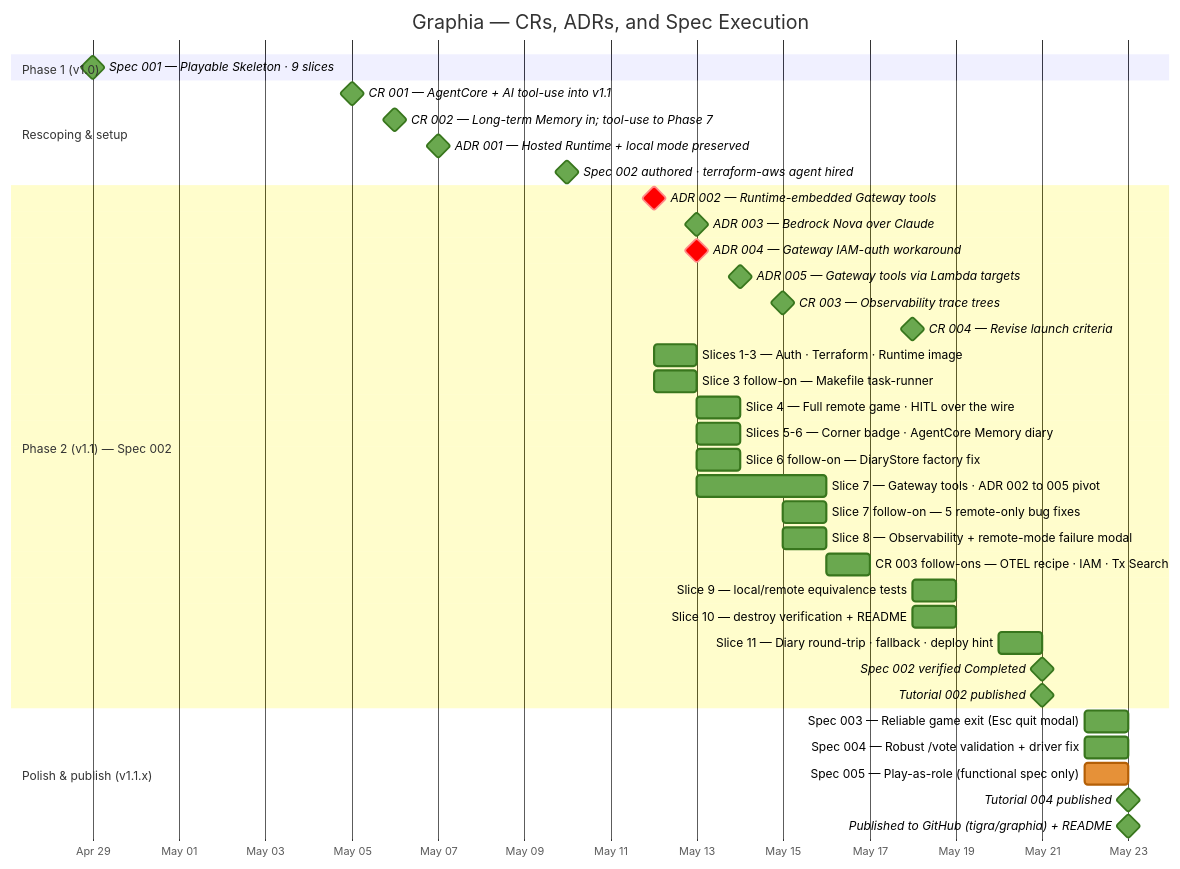
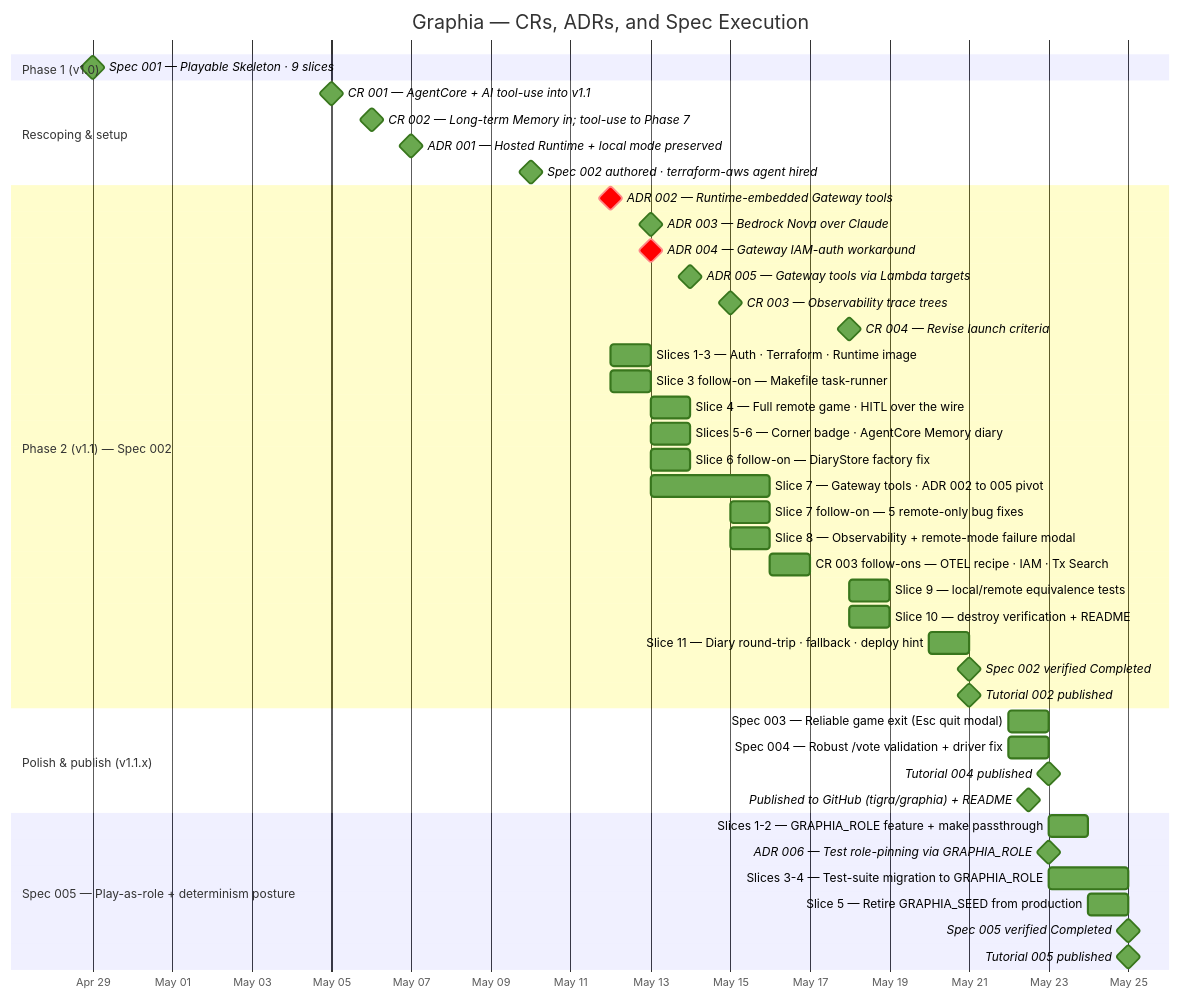
The diagram in context/project-timeline.md (tigra/graphia), drawn with Mermaid before and after one commit. The commit also changed other lines of this file, not shown here.

First line of the commit message:
Project timeline: fold in Act 5 — spec 005 + determinism posture

````diff
--- a/context/project-timeline.md
+++ b/context/project-timeline.md
@@ -16,45 +16,52 @@
 ```mermaid
 %%{init: {'themeVariables': {'doneTaskBkgColor': '#6aa84f', 'doneTaskBorderColor': '#38761d', 'activeTaskBkgColor': '#e69138', 'activeTaskBorderColor': '#b45f06'}}}%%
 gantt
     title Graphia — CRs, ADRs, and Spec Execution
     dateFormat YYYY-MM-DD
     axisFormat %b %d
 
     section Phase 1 (v1.0)
     Spec 001 — Playable Skeleton · 9 slices             :milestone, done, sp1, 2026-04-29, 0d
 
     section Rescoping & setup
     CR 001 — AgentCore + AI tool-use into v1.1           :milestone, done, m1, 2026-05-05, 0d
     CR 002 — Long-term Memory in; tool-use to Phase 7    :milestone, done, m2, 2026-05-06, 0d
     ADR 001 — Hosted Runtime + local mode preserved      :milestone, done, a1, 2026-05-07, 0d
     Spec 002 authored · terraform-aws agent hired        :milestone, done, sp2, 2026-05-10, 0d
 
     section Phase 2 (v1.1) — Spec 002
     ADR 002 — Runtime-embedded Gateway tools             :milestone, crit, a2, 2026-05-12, 0d
     ADR 003 — Bedrock Nova over Claude                   :milestone, done, a3, 2026-05-13, 0d
     ADR 004 — Gateway IAM-auth workaround                :milestone, crit, a4, 2026-05-13, 0d
     ADR 005 — Gateway tools via Lambda targets           :milestone, done, a5, 2026-05-14, 0d
     CR 003 — Observability trace trees                   :milestone, done, c3, 2026-05-15, 0d
     CR 004 — Revise launch criteria                      :milestone, done, c4, 2026-05-18, 0d
     Slices 1-3 — Auth · Terraform · Runtime image        :done, s13, 2026-05-12, 1d
     Slice 3 follow-on — Makefile task-runner             :done, s3f, 2026-05-12, 1d
     Slice 4 — Full remote game · HITL over the wire      :done, s4, 2026-05-13, 1d
     Slices 5-6 — Corner badge · AgentCore Memory diary   :done, s56, 2026-05-13, 1d
     Slice 6 follow-on — DiaryStore factory fix           :done, s6f, 2026-05-13, 1d
     Slice 7 — Gateway tools · ADR 002 to 005 pivot       :done, s7, 2026-05-13, 3d
     Slice 7 follow-on — 5 remote-only bug fixes          :done, fix, 2026-05-15, 1d
     Slice 8 — Observability + remote-mode failure modal  :done, s8, 2026-05-15, 1d
     CR 003 follow-ons — OTEL recipe · IAM · Tx Search    :done, s8f, 2026-05-16, 1d
     Slice 9 — local/remote equivalence tests             :done, s9, 2026-05-18, 1d
     Slice 10 — destroy verification + README             :done, s10, 2026-05-18, 1d
     Slice 11 — Diary round-trip · fallback · deploy hint :done, s11, 2026-05-20, 1d
     Spec 002 verified Completed                          :milestone, done, sp2v, after s11, 0d
     Tutorial 002 published                               :milestone, done, sp2t, after sp2v, 0d
 
     section Polish & publish (v1.1.x)
     Spec 003 — Reliable game exit (Esc quit modal)       :done, sp3, 2026-05-22, 1d
     Spec 004 — Robust /vote validation + driver fix      :done, sp4, 2026-05-22, 1d
-    Spec 005 — Play-as-role (functional spec only)       :active, sp5, 2026-05-22, 1d
     Tutorial 004 published                               :milestone, done, t4, after sp4, 0d
-    Published to GitHub (tigra/graphia) + README         :milestone, done, pub, after sp5, 0d
+    Published to GitHub (tigra/graphia) + README         :milestone, done, pub, 2026-05-22, 1d
+
+    section Spec 005 — Play-as-role + determinism posture
+    Slices 1-2 — GRAPHIA_ROLE feature + make passthrough :done, sp5s12, 2026-05-23, 1d
+    ADR 006 — Test role-pinning via GRAPHIA_ROLE         :milestone, done, a6, 2026-05-23, 0d
+    Slices 3-4 — Test-suite migration to GRAPHIA_ROLE    :done, sp5s34, 2026-05-23, 2d
+    Slice 5 — Retire GRAPHIA_SEED from production        :done, sp5s5, 2026-05-24, 1d
+    Spec 005 verified Completed                          :milestone, done, sp5v, after sp5s5, 0d
+    Tutorial 005 published                               :milestone, done, t5, after sp5v, 0d
 ```
````
